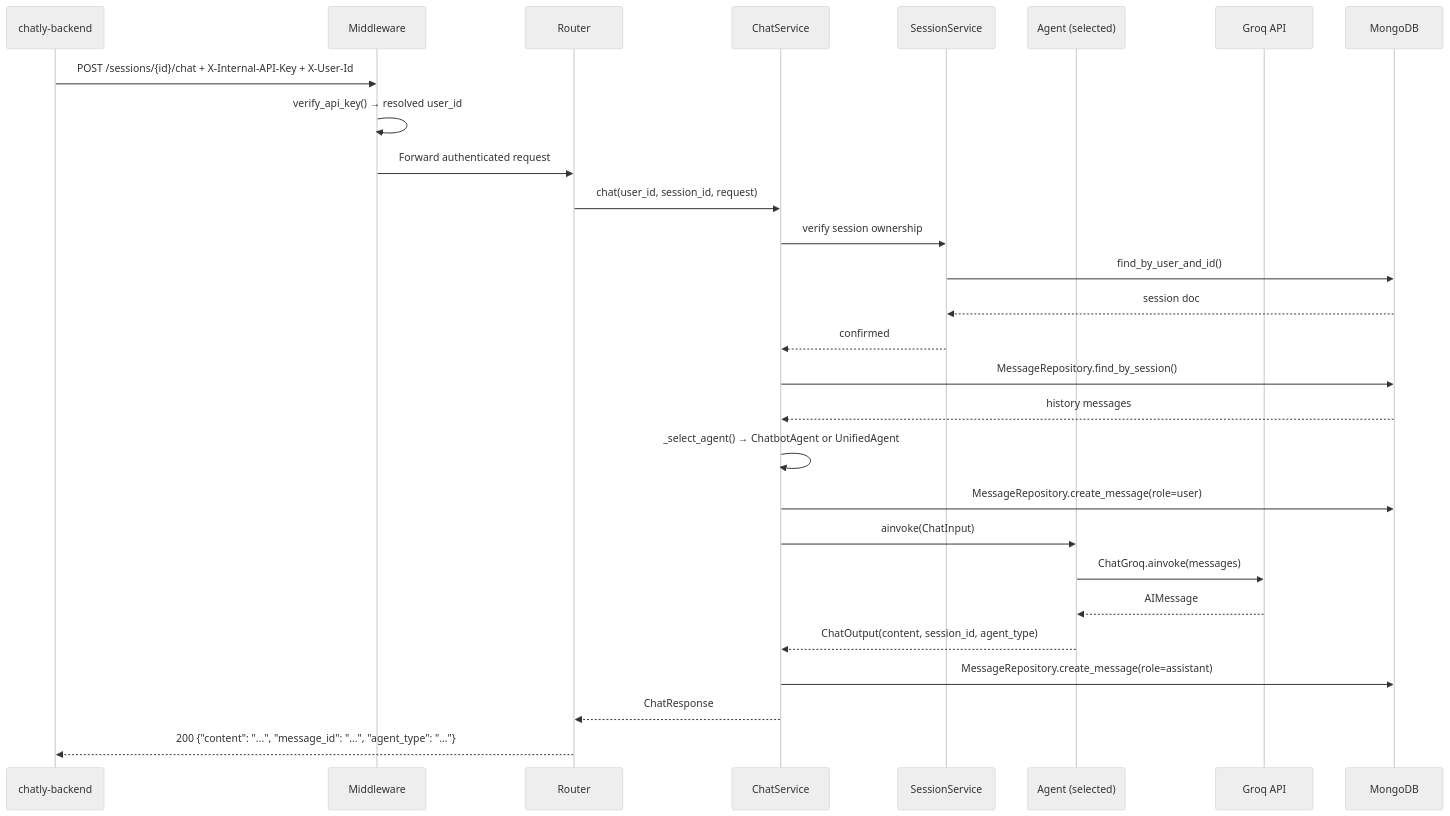
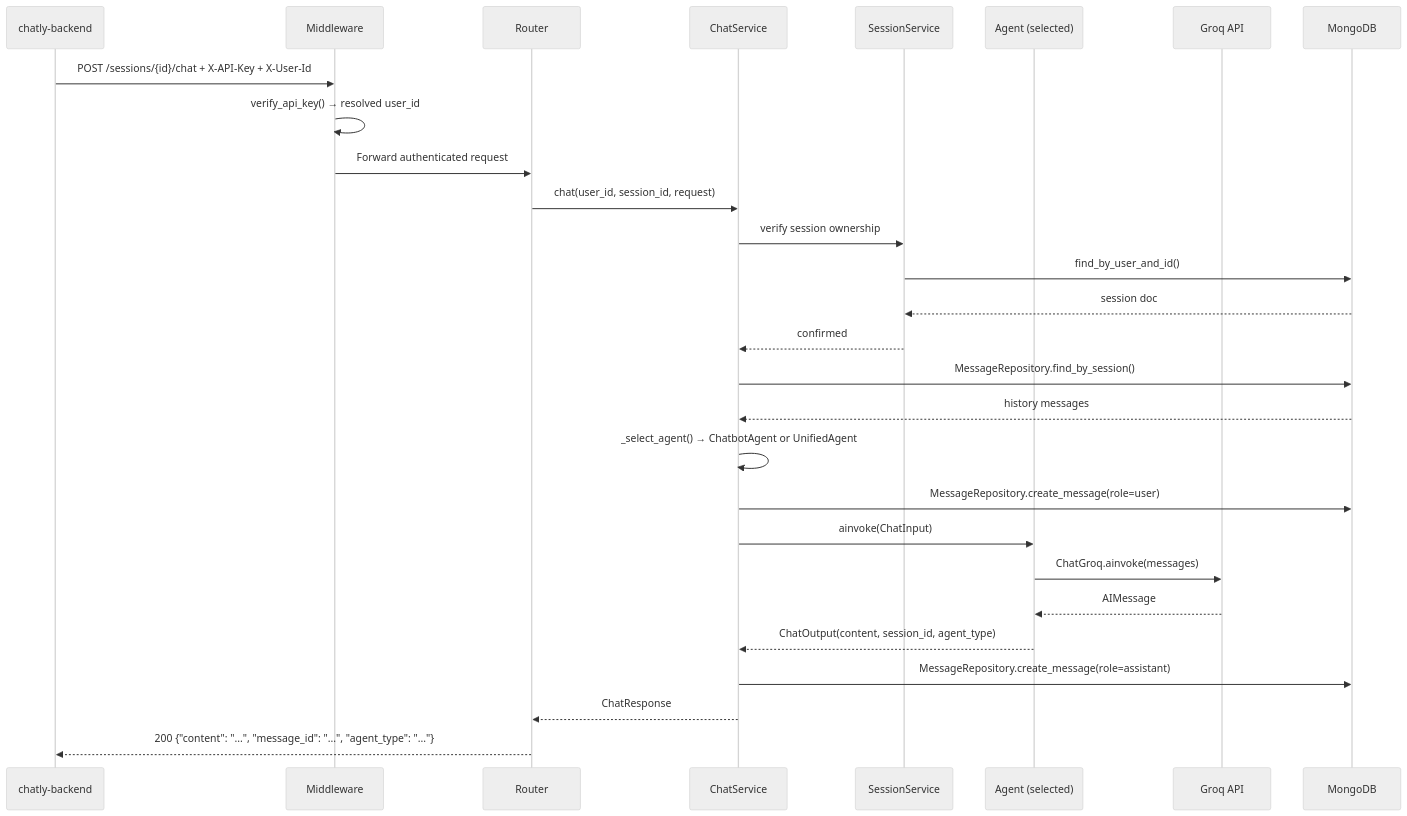
One commit to giasinguyen/chatly-messaging-platform changed the third of 12 diagrams in chatly-agent/ARCHITECTURE.md. Above: the diagram before and after it, drawn with Mermaid (neutral theme). The commit also changed other lines of this file and 2 other files, not shown here.

Commit message:
feat: update documentation to reflect image generation capabilities and API key changes

````diff
--- a/chatly-agent/ARCHITECTURE.md
+++ b/chatly-agent/ARCHITECTURE.md
@@ -132,31 +129,31 @@
 ```mermaid
 sequenceDiagram
     participant C as chatly-backend
     participant MW as Middleware
     participant R as Router
     participant CS as ChatService
     participant SS as SessionService
     participant A as Agent (selected)
     participant LLM as Groq API
     participant DB as MongoDB
 
-    C->>MW: POST /sessions/{id}/chat + X-Internal-API-Key + X-User-Id
+    C->>MW: POST /sessions/{id}/chat + X-API-Key + X-User-Id
     MW->>MW: verify_api_key() → resolved user_id
     MW->>R: Forward authenticated request
     R->>CS: chat(user_id, session_id, request)
     CS->>SS: verify session ownership
     SS->>DB: find_by_user_and_id()
     DB-->>SS: session doc
     SS-->>CS: confirmed
     CS->>DB: MessageRepository.find_by_session()
     DB-->>CS: history messages
     CS->>CS: _select_agent() → ChatbotAgent or UnifiedAgent
     CS->>DB: MessageRepository.create_message(role=user)
     CS->>A: ainvoke(ChatInput)
     A->>LLM: ChatGroq.ainvoke(messages)
     LLM-->>A: AIMessage
     A-->>CS: ChatOutput(content, session_id, agent_type)
     CS->>DB: MessageRepository.create_message(role=assistant)
     CS-->>R: ChatResponse
     R-->>C: 200 {"content": "...", "message_id": "...", "agent_type": "..."}
 ```
````
